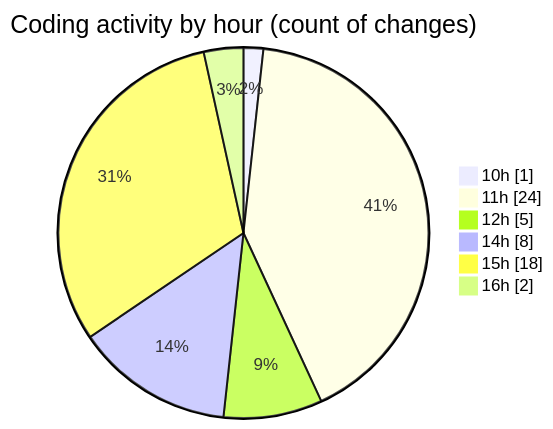
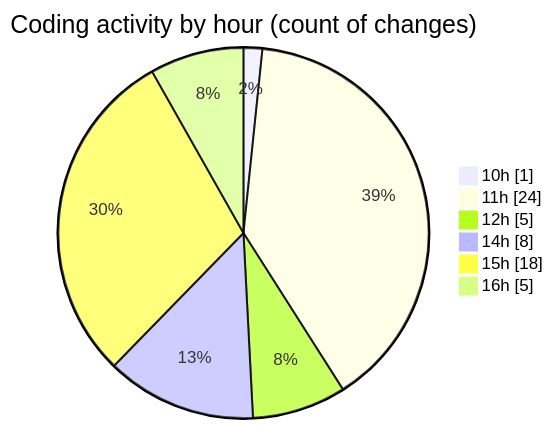
The second of 2 diagrams in 2025-10-03/untitled__workspace_/README.md (debugP/code-tracking), drawn with Mermaid before and after one commit. The commit also changed other lines of this file and 1 other file, not shown here.

````diff
--- a/2025-10-03/untitled__workspace_/README.md
+++ b/2025-10-03/untitled__workspace_/README.md
@@ -31,10 +31,10 @@
 ```mermaid
 pie showData
 title Coding activity by hour (count of changes)
 "10h" : 1
 "11h" : 24
 "12h" : 5
 "14h" : 8
 "15h" : 18
-"16h" : 2
+"16h" : 5
 ```
````
